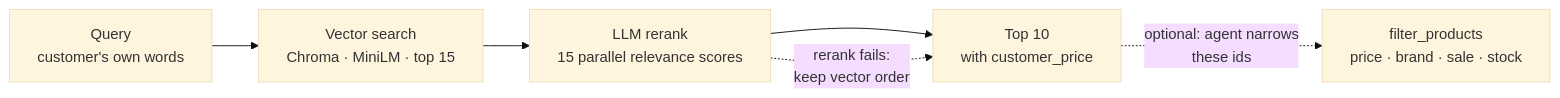
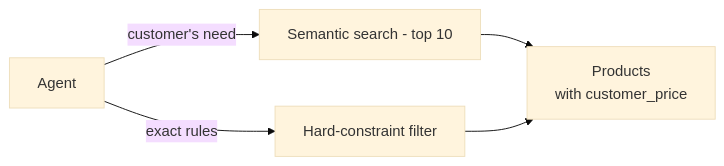
Before and after one commit to shachar-bz/Customer_service_agent: the second of 3 diagrams in README.md, drawn with Mermaid (base theme). The commit also changed other lines of this file, not shown here.

Commit message:
README: balanced product search diagram (semantic search and exact filter side by side)

````diff
--- a/README.md
+++ b/README.md
@@ -79,8 +79,7 @@
 ```mermaid
 flowchart LR
-  Q["Query<br/>customer's own words"] --> V["Vector search<br/>Chroma · MiniLM · top 15"]
-  V --> R["LLM rerank<br/>15 parallel relevance scores"]
-  R --> T["Top 10<br/>with customer_price"]
-  R -. "rerank fails:<br/>keep vector order" .-> T
-  T -. "optional: agent narrows<br/>these ids" .-> F["filter_products<br/>price · brand · sale · stock"]
+  A["Agent"] -- "customer's need" --> S["Semantic search - top 10"]
+  A -- "exact rules" --> F["Hard-constraint filter"]
+  S --> P["Products<br/>with customer_price"]
+  F --> P
 ```
````
